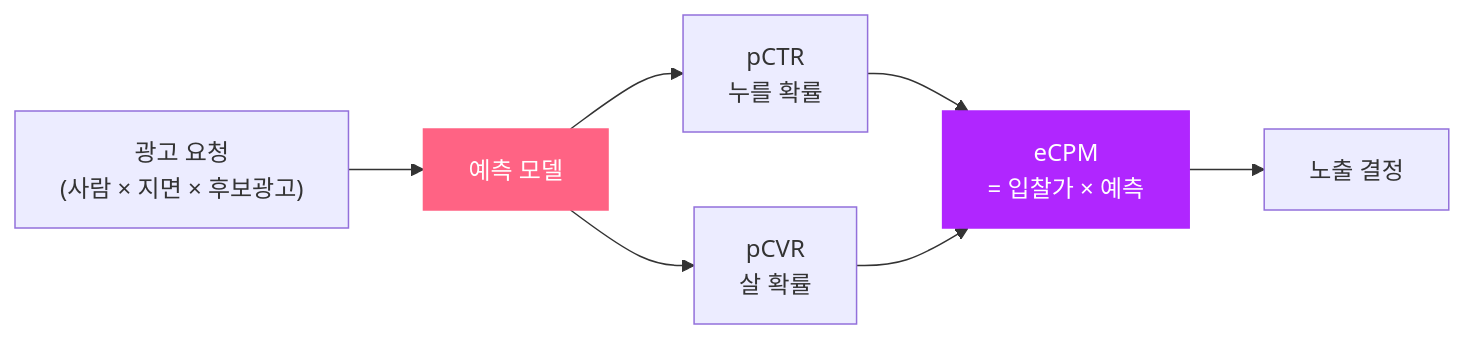
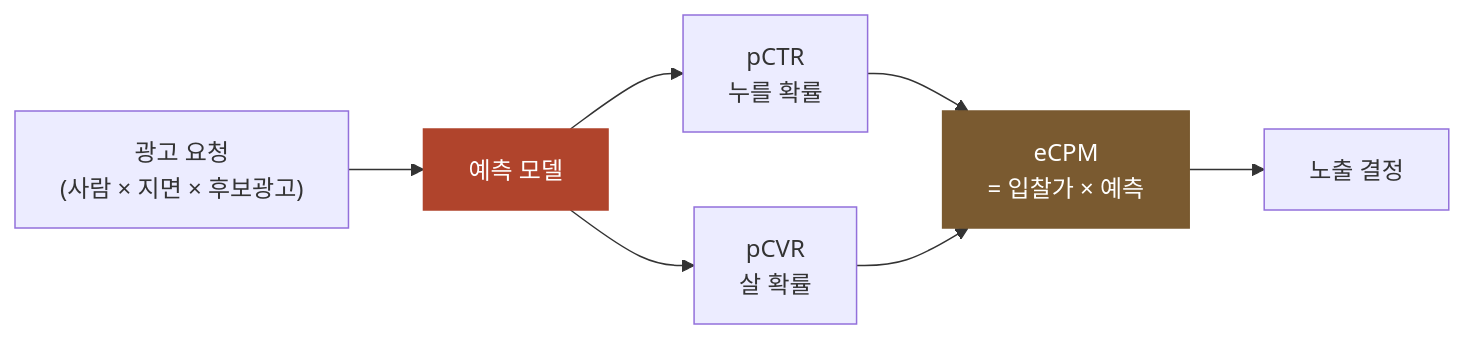
One commit to chkimsu/adtech-blog changed the first of 2 diagrams in posts/kakao-ads-prediction-targeting.md. Above: the diagram before and after it, drawn with Mermaid. The commit also changed other lines of this file and 40 other files, not shown here.

````diff
--- a/posts/kakao-ads-prediction-targeting.md
+++ b/posts/kakao-ads-prediction-targeting.md
@@ -25,11 +25,11 @@
 ```mermaid
 graph LR
     REQ["광고 요청<br/>(사람 × 지면 × 후보광고)"] --> M["예측 모델"]
     M --> PCTR["pCTR<br/>누를 확률"]
     M --> PCVR["pCVR<br/>살 확률"]
     PCTR --> SCORE["eCPM<br/>= 입찰가 × 예측"]
     PCVR --> SCORE
     SCORE --> WIN["노출 결정"]
-    style M fill:#ff6384,stroke:#ff6384,color:#fff
-    style SCORE fill:#b026ff,stroke:#b026ff,color:#fff
+    style M fill:#b0442c,stroke:#b0442c,color:#fff
+    style SCORE fill:#7a5a30,stroke:#7a5a30,color:#fff
 ```
````
